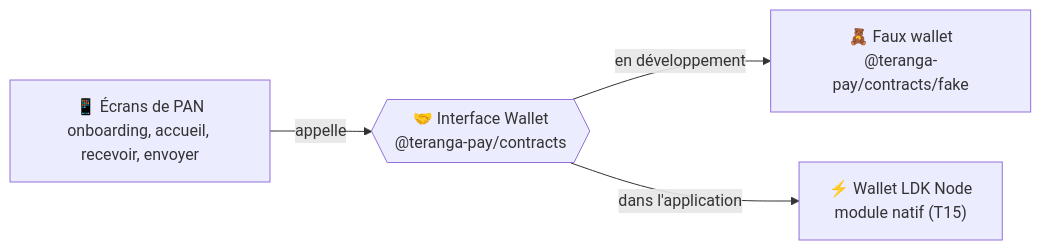
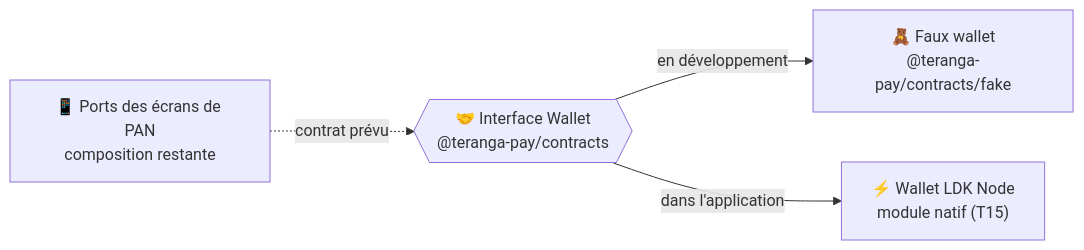
The first of 3 diagrams in packages/contracts/README.md (PapaAmad/teranga-pay), drawn with Mermaid before and after one commit. The commit also changed other lines of this file and 20 other files, not shown here.

````diff
--- a/packages/contracts/README.md
+++ b/packages/contracts/README.md
@@ -7,6 +7,6 @@
 ```mermaid
 flowchart LR
-    Screens["📱 Écrans de PAN<br/>onboarding, accueil, recevoir, envoyer"] -->|"appelle"| W{{"🤝 Interface Wallet<br/>@teranga-pay/contracts"}}
+    Screens["📱 Ports des écrans de PAN<br/>composition restante"] -.->|"contrat prévu"| W{{"🤝 Interface Wallet<br/>@teranga-pay/contracts"}}
     W -->|"en développement"| Fake["🧸 Faux wallet<br/>@teranga-pay/contracts/fake"]
     W -->|"dans l'application"| Real["⚡ Wallet LDK Node<br/>module natif (T15)"]
 ```
````
